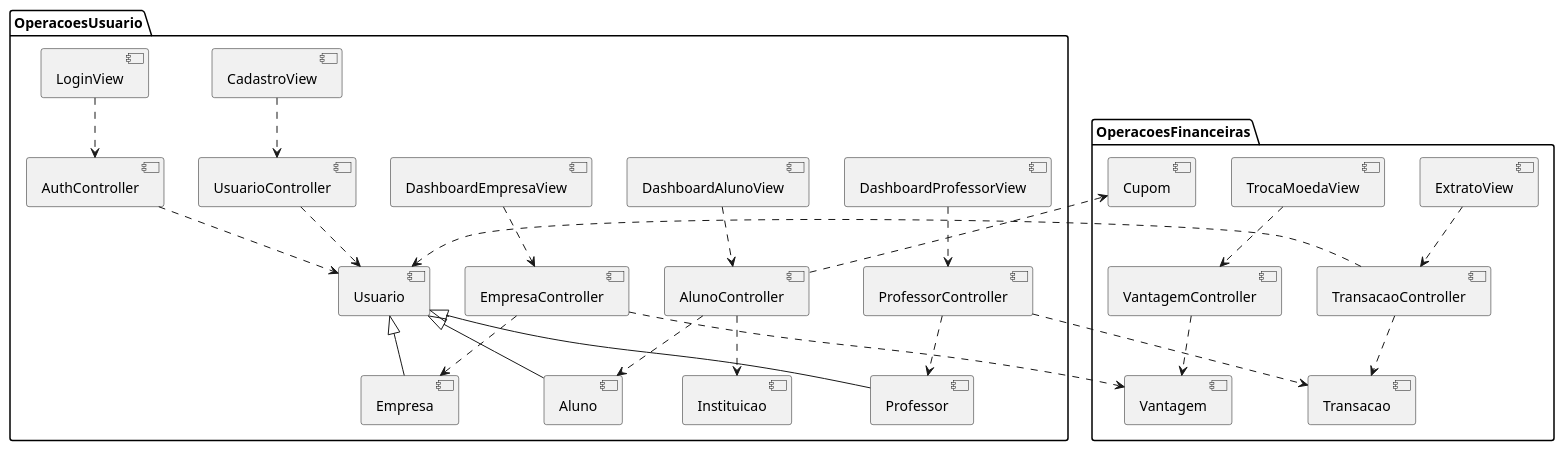
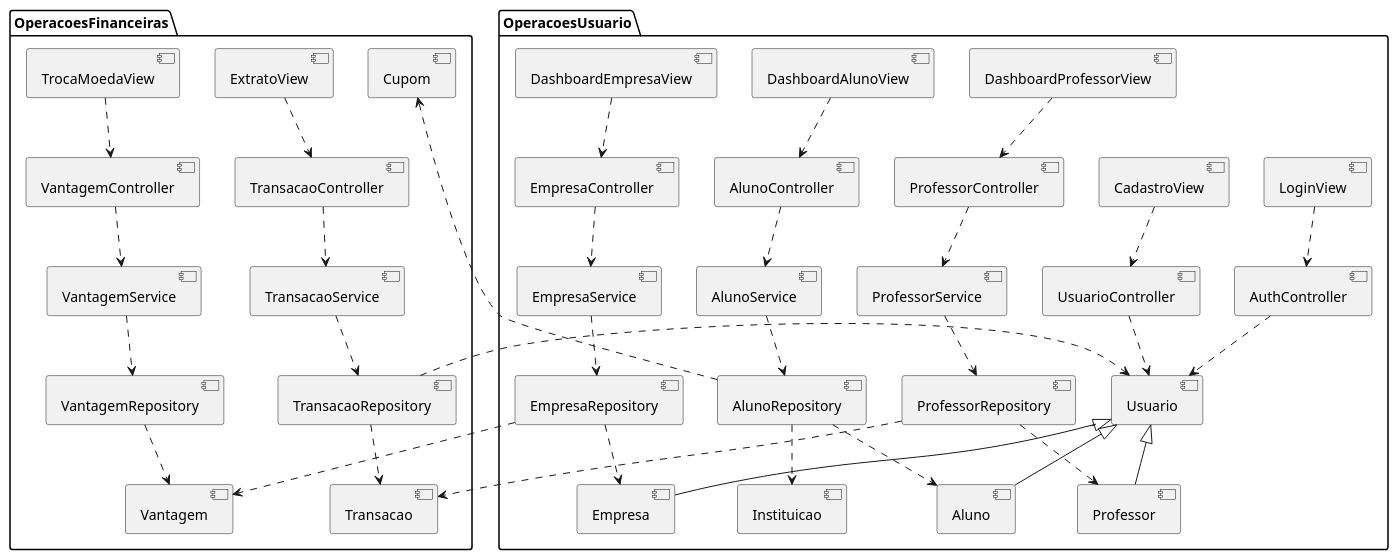
Before and after one commit to hegdt/lds-3: the diagram in project/code/components.puml, drawn with PlantUML.

```diff
--- a/project/code/components.puml
+++ b/project/code/components.puml
@@ -1,59 +1,83 @@
 @startuml
 
 package "OperacoesUsuario" {
   [CadastroView]
   [LoginView]
   [DashboardAlunoView]
   [DashboardProfessorView]
   [DashboardEmpresaView]
   [AuthController]
   [UsuarioController]
   [AlunoController]
+  [AlunoService]
+  [AlunoRepository]
   [ProfessorController]
+  [ProfessorService]
+  [ProfessorRepository]
   [EmpresaController]
+  [EmpresaService]
+  [EmpresaRepository]
   [Usuario]
   [Aluno]
   [Professor]
   [Empresa]
   [Instituicao]
 }
 
 package "OperacoesFinanceiras" {
   [ExtratoView]
   [TrocaMoedaView]
   [VantagemController]
+  [VantagemService]
+  [VantagemRepository]
   [TransacaoController]
+  [TransacaoService]
+  [TransacaoRepository]
   [Vantagem]
   [Transacao]
   [Cupom]
 }
 
-' Conexões View -> Controller
+' View -> Controller
 [LoginView] ..> [AuthController]
 [DashboardAlunoView] ..> [AlunoController]
 [DashboardProfessorView] ..> [ProfessorController]
 [DashboardEmpresaView] ..> [EmpresaController]
 [ExtratoView] ..> [TransacaoController]
 [TrocaMoedaView] ..> [VantagemController]
 [CadastroView] ..> [UsuarioController]
 
-' Conexões Controller -> Model
+' Controller -> Service
 [AuthController] ..> [Usuario]
 [UsuarioController] ..> [Usuario]
-[AlunoController] ..> [Aluno]
-[AlunoController] ..> [Instituicao]
-[AlunoController] ..> [Cupom]
-[ProfessorController] ..> [Professor]
-[ProfessorController] ..> [Transacao]
-[EmpresaController] ..> [Empresa]
-[EmpresaController] ..> [Vantagem]
-[VantagemController] ..> [Vantagem]
-[TransacaoController] ..> [Transacao]
-[TransacaoController] ..> [Usuario]
+[AlunoController] ..> [AlunoService]
+[ProfessorController] ..> [ProfessorService]
+[EmpresaController] ..> [EmpresaService]
+[VantagemController] ..> [VantagemService]
+[TransacaoController] ..> [TransacaoService]
+
+' Service -> Repository
+[AlunoService] ..> [AlunoRepository]
+[ProfessorService] ..> [ProfessorRepository]
+[EmpresaService] ..> [EmpresaRepository]
+[VantagemService] ..> [VantagemRepository]
+[TransacaoService] ..> [TransacaoRepository]
+
+' Repository -> Model
+[AlunoRepository] ..> [Aluno]
+[AlunoRepository] ..> [Instituicao]
+[AlunoRepository] ..> [Cupom]
+[ProfessorRepository] ..> [Professor]
+[ProfessorRepository] ..> [Transacao]
+[EmpresaRepository] ..> [Empresa]
+[EmpresaRepository] ..> [Vantagem]
+[VantagemRepository] ..> [Vantagem]
+[TransacaoRepository] ..> [Transacao]
+[TransacaoRepository] ..> [Usuario]
 
 ' Herança
 [Usuario] <|-- [Aluno]
 [Usuario] <|-- [Professor]
 [Usuario] <|-- [Empresa]
 
 @enduml
```
